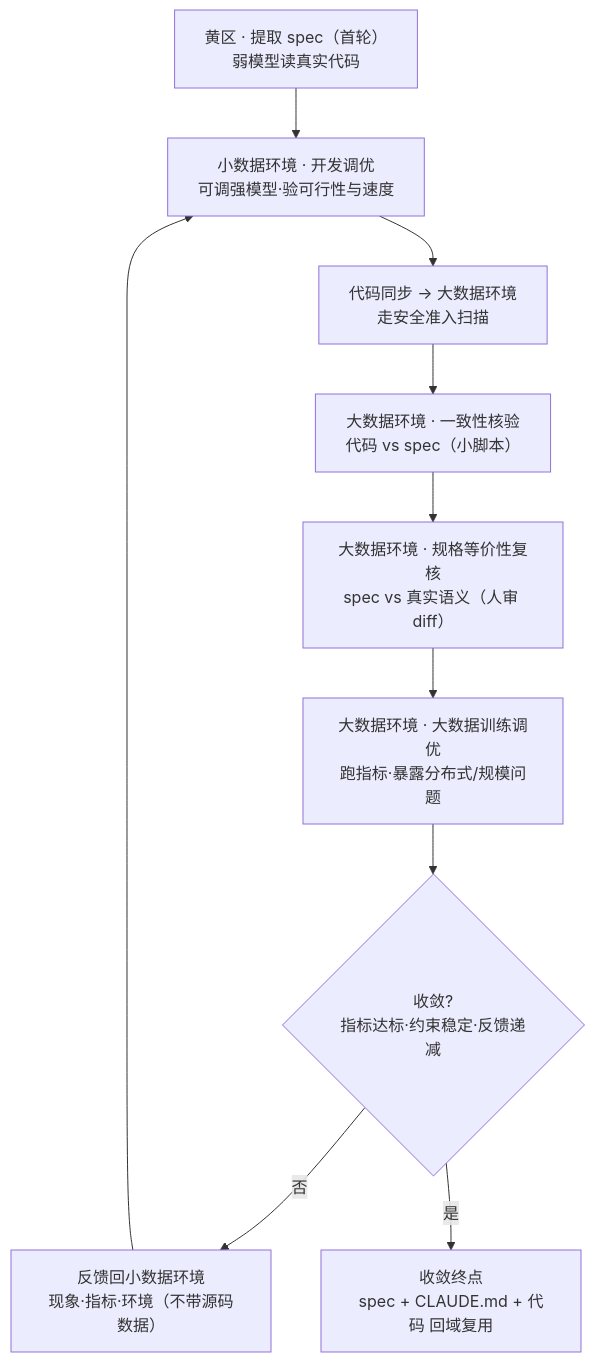
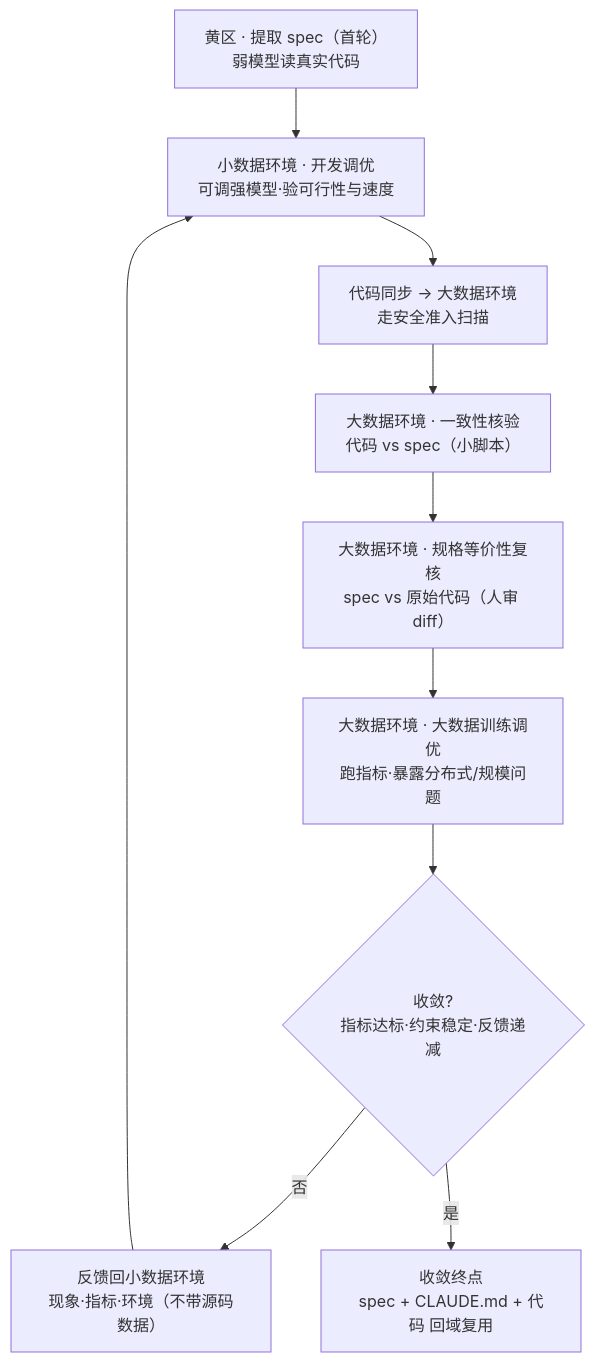
One commit to pkuCactus/crydet changed the second of 2 diagrams in docs/llm_refactoring_experience.md. Above: the diagram before and after it, drawn with Mermaid. The commit also changed other lines of this file, not shown here.

Commit message:
Docs: 「真实语义」统一为「原始代码」，精简指标表后过渡句

````diff
--- a/docs/llm_refactoring_experience.md
+++ b/docs/llm_refactoring_experience.md
@@ -80,12 +80,12 @@
 ```mermaid
 flowchart TB
     P["黄区 · 提取 spec（首轮）<br/>弱模型读真实代码"] --> A
     A["小数据环境 · 开发调优<br/>可调强模型·验可行性与速度"] --> B["代码同步 → 大数据环境<br/>走安全准入扫描"]
     B --> C["大数据环境 · 一致性核验<br/>代码 vs spec（小脚本）"]
-    C --> C2["大数据环境 · 规格等价性复核<br/>spec vs 真实语义（人审 diff）"]
+    C --> C2["大数据环境 · 规格等价性复核<br/>spec vs 原始代码（人审 diff）"]
     C2 --> D["大数据环境 · 大数据训练调优<br/>跑指标·暴露分布式/规模问题"]
     D --> E{"收敛?<br/>指标达标·约束稳定·反馈递减"}
     E -- 否 --> F["反馈回小数据环境<br/>现象·指标·环境（不带源码数据）"]
     F --> A
     E -- 是 --> G["收敛终点<br/>spec + CLAUDE.md + 代码 回域复用"]
 ```
````
